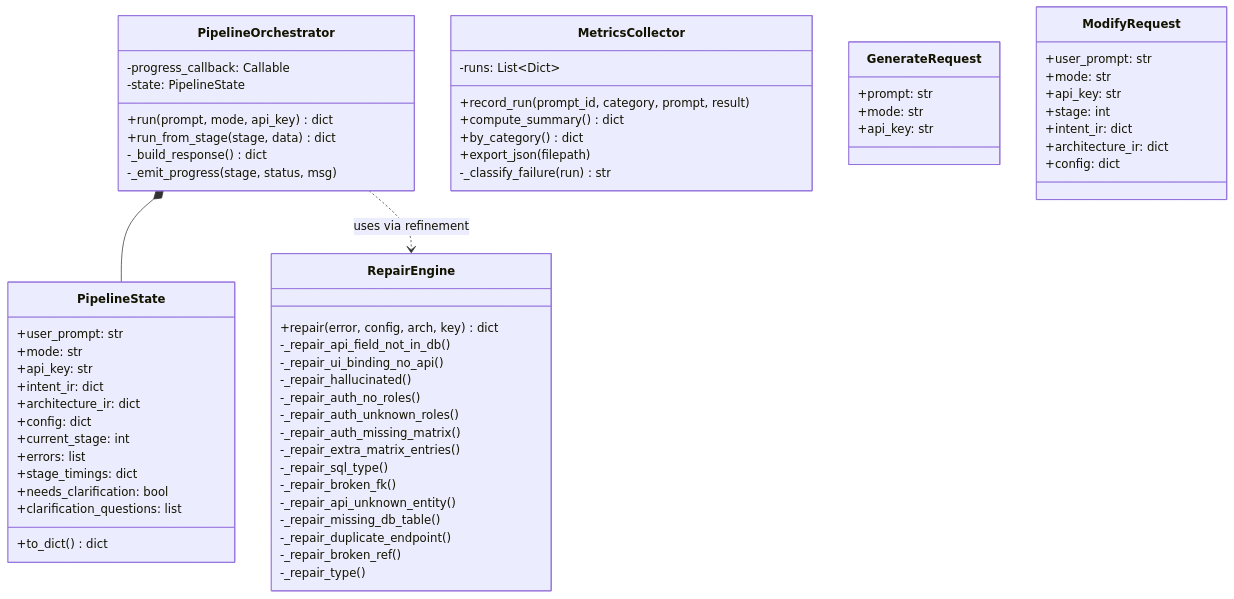
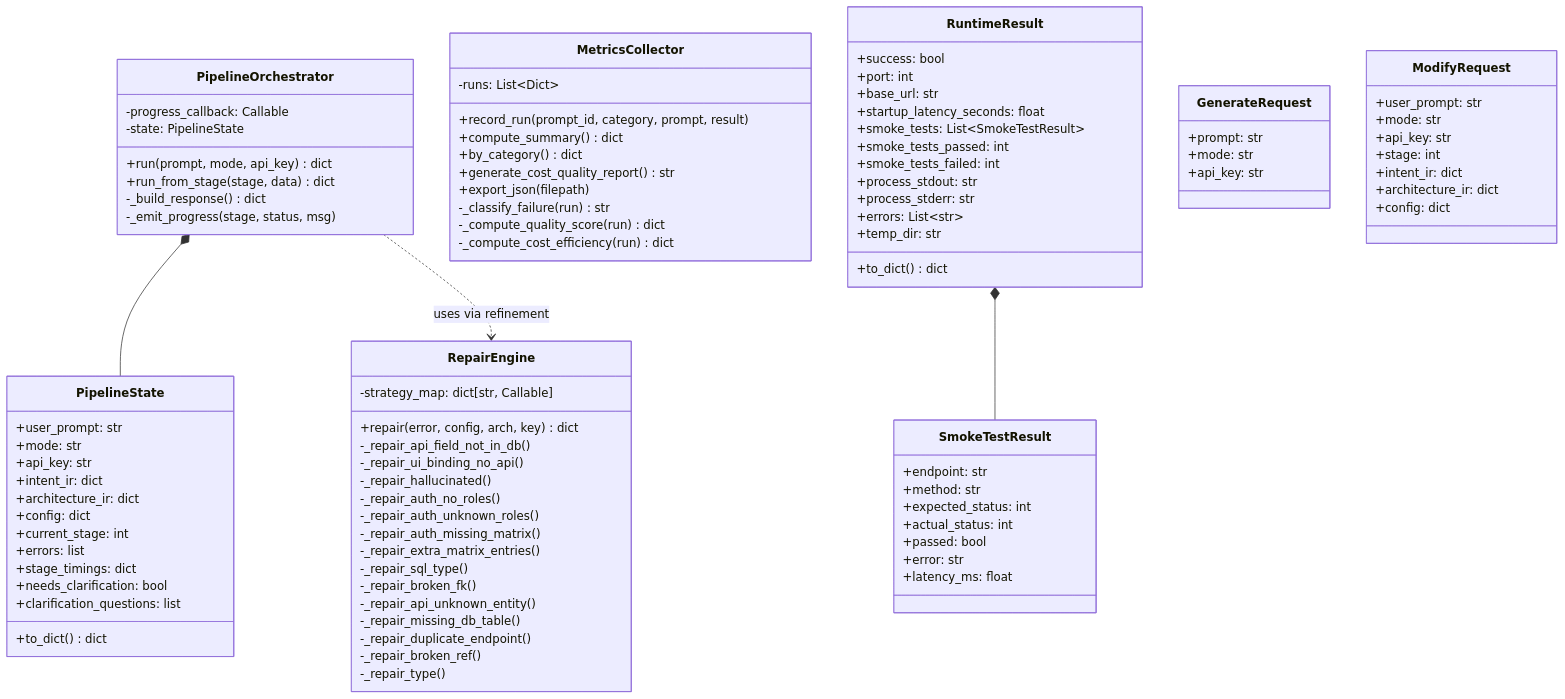
One commit to notsooamit/app-compiler changed the ninth of 24 diagrams in SOFTWARE_ARCHITECTURE.md. Above: the diagram before and after it, drawn with Mermaid. The commit also changed other lines of this file and 1 other file, not shown here.

````diff
--- a/SOFTWARE_ARCHITECTURE.md
+++ b/SOFTWARE_ARCHITECTURE.md
@@ -471,6 +482,7 @@
     
     class RepairEngine {
         +repair(error, config, arch, key) dict
+        -strategy_map: dict[str, Callable]
         -_repair_api_field_not_in_db()
         -_repair_ui_binding_no_api()
         -_repair_hallucinated()
@@ -492,8 +504,36 @@
         +record_run(prompt_id, category, prompt, result)
         +compute_summary() dict
         +by_category() dict
+        +generate_cost_quality_report() str
         +export_json(filepath)
         -_classify_failure(run) str
+        -_compute_quality_score(run) dict
+        -_compute_cost_efficiency(run) dict
+    }
+    
+    class RuntimeResult {
+        +success: bool
+        +port: int
+        +base_url: str
+        +startup_latency_seconds: float
+        +smoke_tests: List~SmokeTestResult~
+        +smoke_tests_passed: int
+        +smoke_tests_failed: int
+        +process_stdout: str
+        +process_stderr: str
+        +errors: List~str~
+        +temp_dir: str
+        +to_dict() dict
+    }
+    
+    class SmokeTestResult {
+        +endpoint: str
+        +method: str
+        +expected_status: int
+        +actual_status: int
+        +passed: bool
+        +error: str
+        +latency_ms: float
     }
     
     class GenerateRequest {
@@ -514,4 +554,5 @@
     
     PipelineOrchestrator *-- PipelineState
     PipelineOrchestrator ..> RepairEngine : uses via refinement
+    RuntimeResult *-- SmokeTestResult
 ```
````
